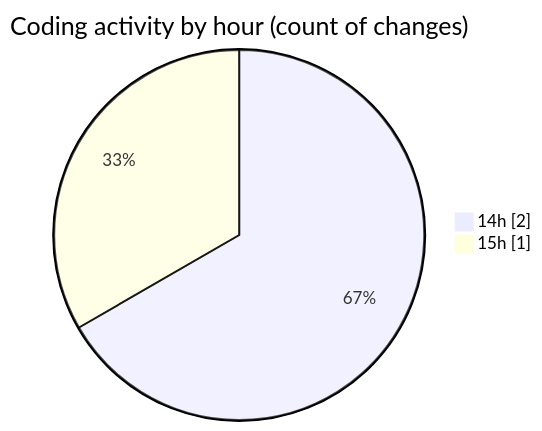
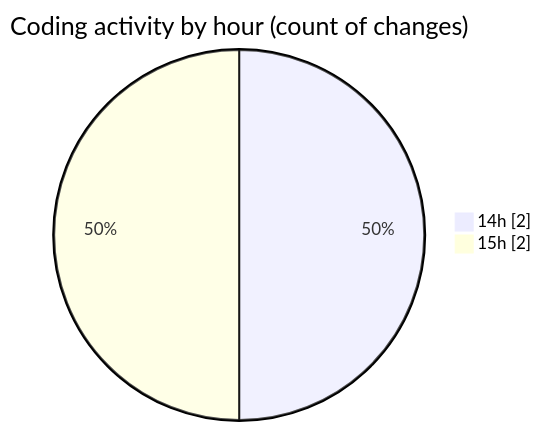
Before and after one commit to Netris89/code-tracking: the second of 2 diagrams in 2025-03-21/back-end/README.md, drawn with Mermaid. The commit also changed other lines of this file and 1 other file, not shown here.

````diff
--- a/2025-03-21/back-end/README.md
+++ b/2025-03-21/back-end/README.md
@@ -28,6 +28,6 @@
 ```mermaid
 pie showData
 title Coding activity by hour (count of changes)
 "14h" : 2
-"15h" : 1
+"15h" : 2
 ```
````
